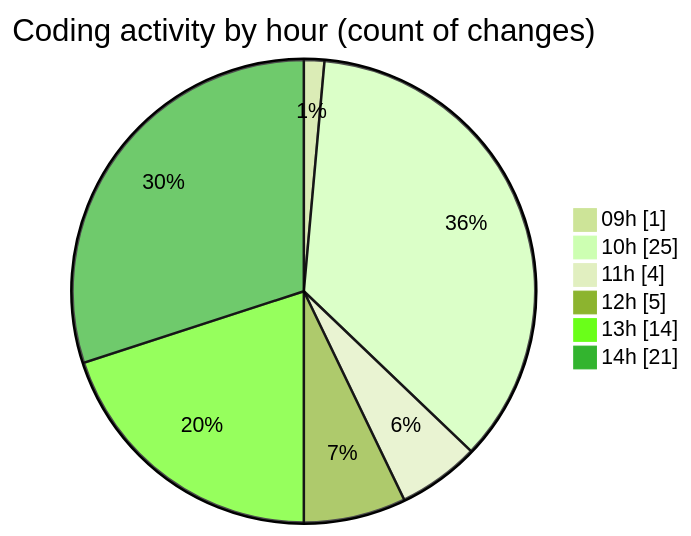
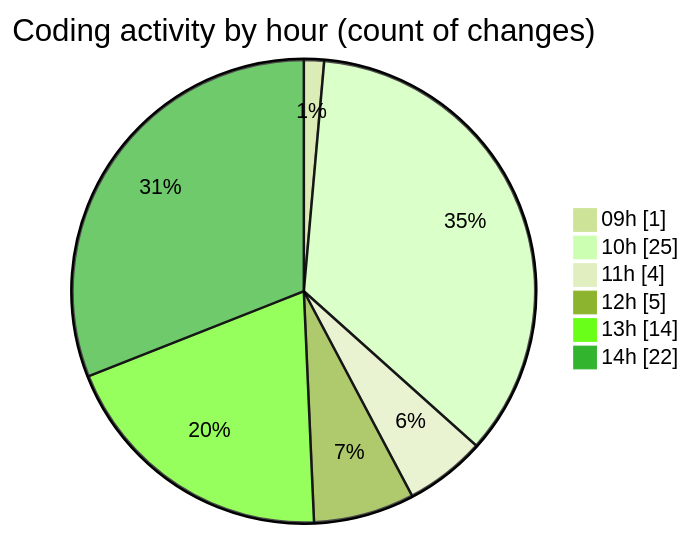
The second of 2 diagrams in 2025-11-17/eventscop-frontend-guide__workspace_/README.md (julien-gomy/code-tracking), drawn with Mermaid (forest theme) before and after one commit. The commit also changed other lines of this file and 1 other file, not shown here.

````diff
--- a/2025-11-17/eventscop-frontend-guide__workspace_/README.md
+++ b/2025-11-17/eventscop-frontend-guide__workspace_/README.md
@@ -52,10 +54,10 @@
 ```mermaid
 pie showData
 title Coding activity by hour (count of changes)
 "09h" : 1
 "10h" : 25
 "11h" : 4
 "12h" : 5
 "13h" : 14
-"14h" : 21
+"14h" : 22
 ```
````
